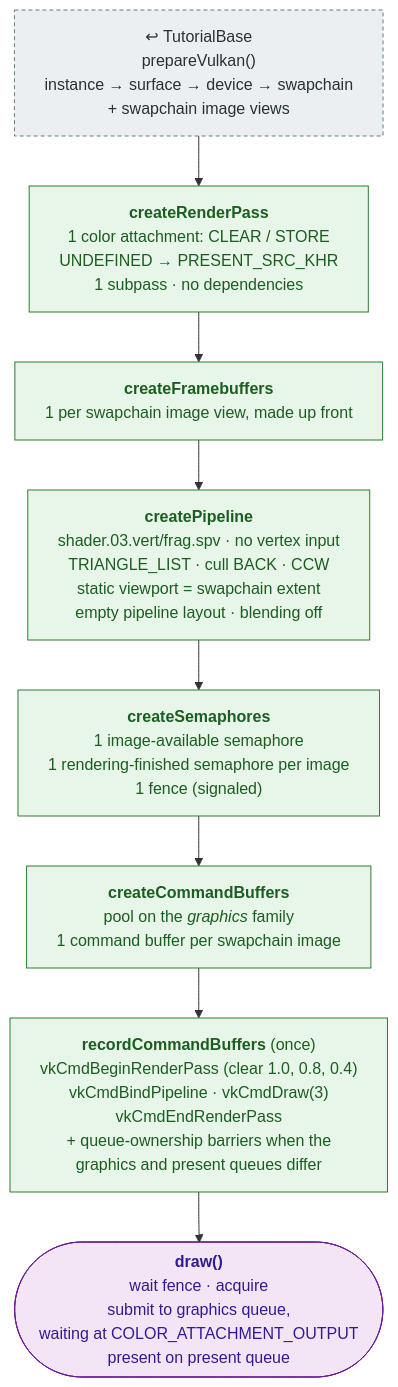
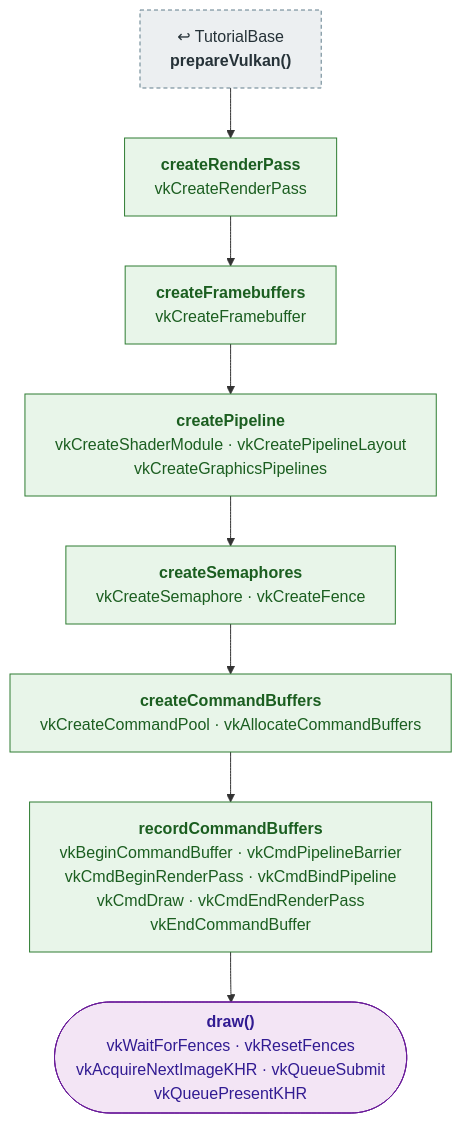
One commit to mehoggan/vulkan_graphix changed the diagram in docs/pipeline/03_first_triangle.md. Above: the diagram before and after it, drawn with Mermaid. The commit also changed other lines of this file and 24 other files, not shown here.

First line of the commit message:
docs: label pipeline boxes with the Vulkan calls each step makes

````diff
--- a/docs/pipeline/03_first_triangle.md
+++ b/docs/pipeline/03_first_triangle.md
@@ -11,18 +11,18 @@
 ```mermaid
 %%{init: {"flowchart": {"wrappingWidth": 400}}}%%
 flowchart TD
     classDef reused fill:#eceff1,stroke:#607d8b,stroke-dasharray:4 3,color:#263238
     classDef new fill:#e8f5e9,stroke:#2e7d32,color:#1b5e20
     classDef frame fill:#f3e5f5,stroke:#6a1b9a,color:#311b92
 
-    BASE["↩ TutorialBase<br/>prepareVulkan()<br/>instance → surface → device → swapchain<br/>+ swapchain image views"]:::reused
-    RP["<b>createRenderPass</b><br/>1 color attachment: CLEAR / STORE<br/>UNDEFINED → PRESENT_SRC_KHR<br/>1 subpass · no dependencies"]:::new
-    FB["<b>createFramebuffers</b><br/>1 per swapchain image view, made up front"]:::new
-    PIPE["<b>createPipeline</b><br/>shader.03.vert/frag.spv · no vertex input<br/>TRIANGLE_LIST · cull BACK · CCW<br/>static viewport = swapchain extent<br/>empty pipeline layout · blending off"]:::new
-    SEM["<b>createSemaphores</b><br/>1 image-available semaphore<br/>1 rendering-finished semaphore per image<br/>1 fence (signaled)"]:::new
-    CB["<b>createCommandBuffers</b><br/>pool on the <i>graphics</i> family<br/>1 command buffer per swapchain image"]:::new
-    REC["<b>recordCommandBuffers</b> (once)<br/>vkCmdBeginRenderPass (clear 1.0, 0.8, 0.4)<br/>vkCmdBindPipeline · vkCmdDraw(3)<br/>vkCmdEndRenderPass<br/>+ queue-ownership barriers when the<br/>graphics and present queues differ"]:::new
-    DRAW(["<b>draw()</b><br/>wait fence · acquire<br/>submit to graphics queue,<br/>waiting at COLOR_ATTACHMENT_OUTPUT<br/>present on present queue"]):::frame
+    BASE["↩ TutorialBase<br/><b>prepareVulkan()</b>"]:::reused
+    RP["<b>createRenderPass</b><br/>vkCreateRenderPass"]:::new
+    FB["<b>createFramebuffers</b><br/>vkCreateFramebuffer"]:::new
+    PIPE["<b>createPipeline</b><br/>vkCreateShaderModule  ·  vkCreatePipelineLayout<br/>vkCreateGraphicsPipelines"]:::new
+    SEM["<b>createSemaphores</b><br/>vkCreateSemaphore  ·  vkCreateFence"]:::new
+    CB["<b>createCommandBuffers</b><br/>vkCreateCommandPool  ·  vkAllocateCommandBuffers"]:::new
+    REC["<b>recordCommandBuffers</b><br/>vkBeginCommandBuffer  ·  vkCmdPipelineBarrier<br/>vkCmdBeginRenderPass  ·  vkCmdBindPipeline<br/>vkCmdDraw  ·  vkCmdEndRenderPass<br/>vkEndCommandBuffer"]:::new
+    DRAW(["<b>draw()</b><br/>vkWaitForFences  ·  vkResetFences<br/>vkAcquireNextImageKHR  ·  vkQueueSubmit<br/>vkQueuePresentKHR"]):::frame
 
     BASE --> RP --> FB --> PIPE --> SEM --> CB --> REC --> DRAW
 ```
````
